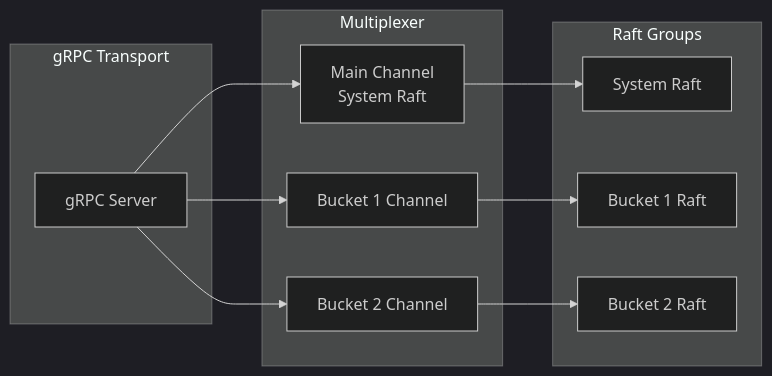
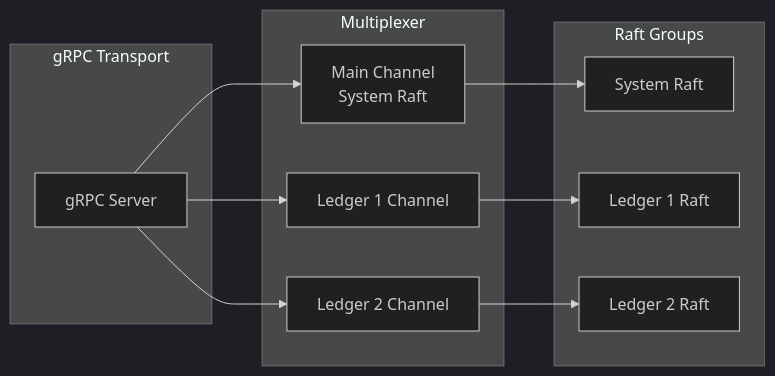
One commit to formancehq/ledger changed the second of 3 diagrams in docs/raft-consensus.md. Above: the diagram before and after it, drawn with Mermaid (dark theme). The commit also changed other lines of this file and 13 other files, not shown here.

````diff
--- a/docs/raft-consensus.md
+++ b/docs/raft-consensus.md
@@ -123,26 +122,26 @@
 ```mermaid
 graph LR
     subgraph "gRPC Transport"
         GRPC[gRPC Server]
     end
     
     subgraph "Multiplexer"
         Main[Main Channel<br/>System Raft]
-        Bucket1[Bucket 1 Channel]
-        Bucket2[Bucket 2 Channel]
+        Ledger1[Ledger 1 Channel]
+        Ledger2[Ledger 2 Channel]
     end
     
     subgraph "Raft Groups"
         System[System Raft]
-        B1[Bucket 1 Raft]
-        B2[Bucket 2 Raft]
+        L1[Ledger 1 Raft]
+        L2[Ledger 2 Raft]
     end
     
     GRPC --> Main
-    GRPC --> Bucket1
-    GRPC --> Bucket2
+    GRPC --> Ledger1
+    GRPC --> Ledger2
     
     Main --> System
-    Bucket1 --> B1
-    Bucket2 --> B2
+    Ledger1 --> L1
+    Ledger2 --> L2
 ```
````
